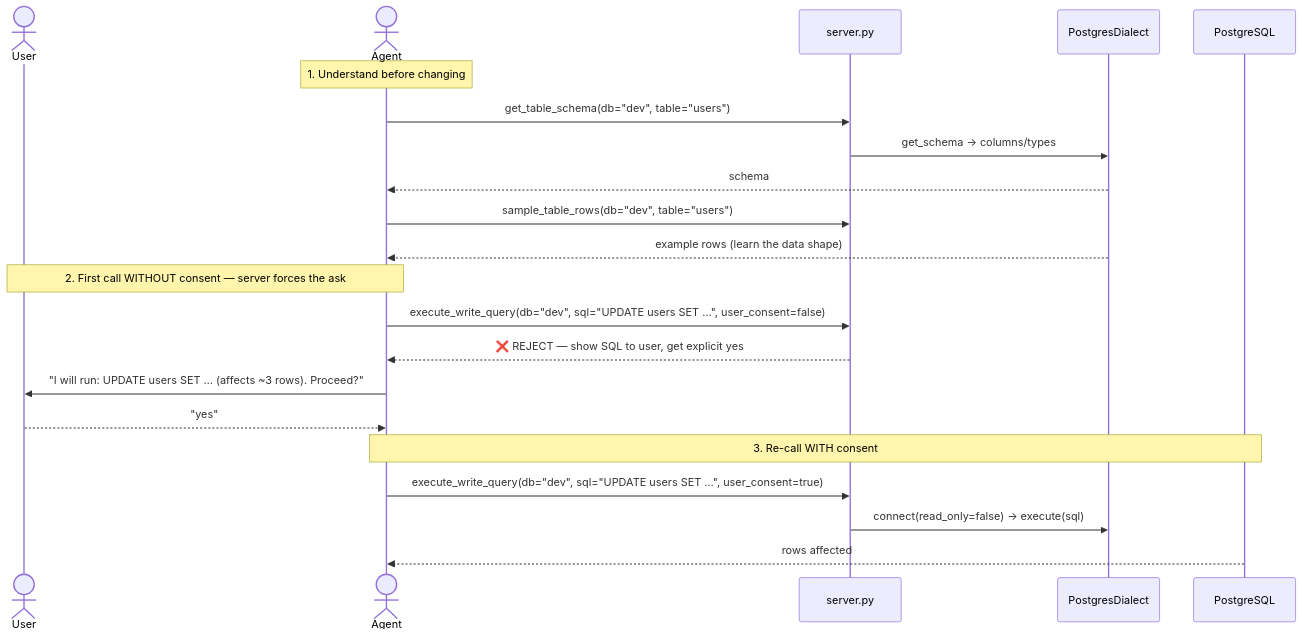
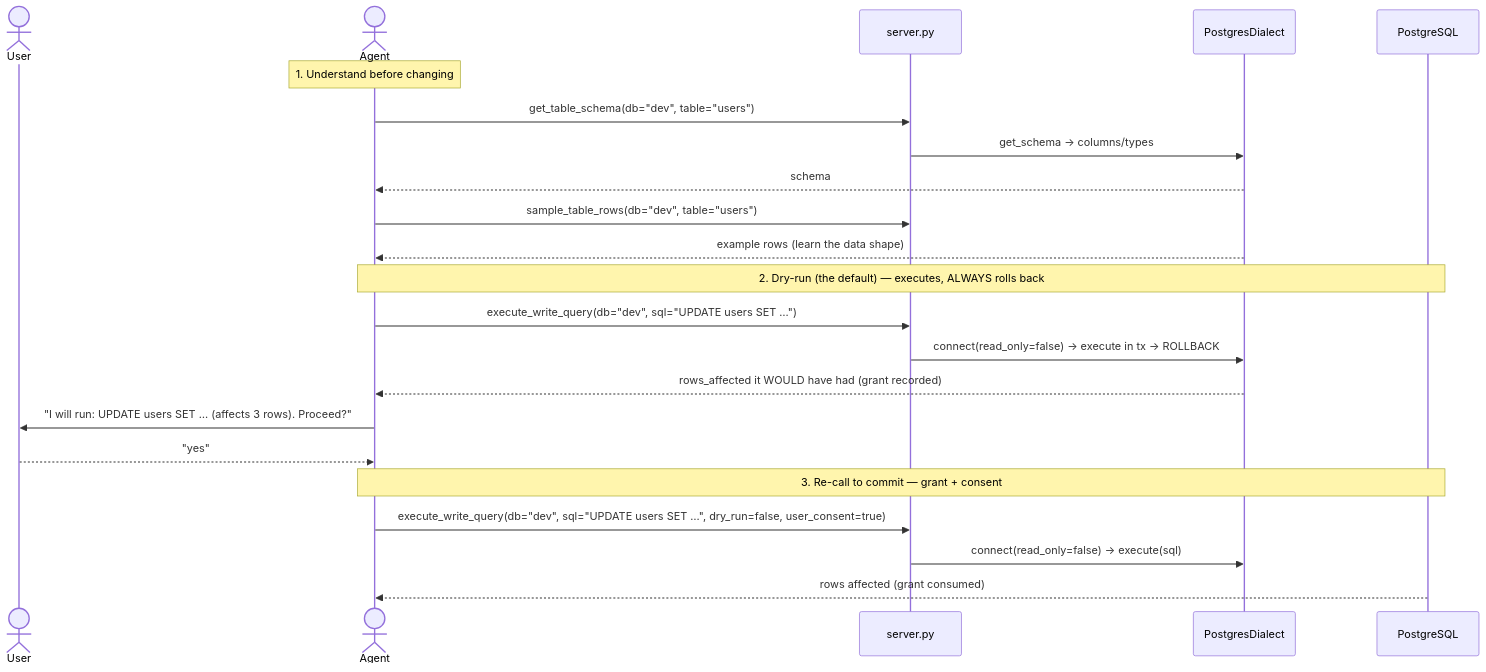
One commit to Idle-Sync/db-conn-mcp changed the fourth of 7 diagrams in docs/ARCHITECTURE.md. Above: the diagram before and after it, drawn with Mermaid. The commit also changed other lines of this file and 5 other files, not shown here.

Commit message:
Document the dry-run-first write gate in the rules and docs

````diff
--- a/docs/ARCHITECTURE.md
+++ b/docs/ARCHITECTURE.md
@@ -173,27 +181,28 @@
 ```mermaid
 sequenceDiagram
     actor User
     actor Agent
     participant Server as server.py
     participant PG as PostgresDialect
     participant DB as PostgreSQL
 
     Note over Agent: 1. Understand before changing
     Agent->>Server: get_table_schema(db="dev", table="users")
     Server->>PG: get_schema → columns/types
     PG-->>Agent: schema
     Agent->>Server: sample_table_rows(db="dev", table="users")
     PG-->>Agent: example rows (learn the data shape)
 
-    Note over Agent,User: 2. First call WITHOUT consent — server forces the ask
-    Agent->>Server: execute_write_query(db="dev", sql="UPDATE users SET …", user_consent=false)
-    Server-->>Agent: ❌ REJECT — show SQL to user, get explicit yes
+    Note over Agent,DB: 2. Dry-run (the default) — executes, ALWAYS rolls back
+    Agent->>Server: execute_write_query(db="dev", sql="UPDATE users SET …")
+    Server->>PG: connect(read_only=false) → execute in tx → ROLLBACK
+    PG-->>Agent: rows_affected it WOULD have had (grant recorded)
 
-    Agent->>User: "I will run:  UPDATE users SET … (affects ~3 rows). Proceed?"
+    Agent->>User: "I will run:  UPDATE users SET … (affects 3 rows). Proceed?"
     User-->>Agent: "yes"
 
-    Note over Agent,DB: 3. Re-call WITH consent
-    Agent->>Server: execute_write_query(db="dev", sql="UPDATE users SET …", user_consent=true)
+    Note over Agent,DB: 3. Re-call to commit — grant + consent
+    Agent->>Server: execute_write_query(db="dev", sql="UPDATE users SET …", dry_run=false, user_consent=true)
     Server->>PG: connect(read_only=false) → execute(sql)
-    DB-->>Agent: rows affected
+    DB-->>Agent: rows affected (grant consumed)
 ```
````
